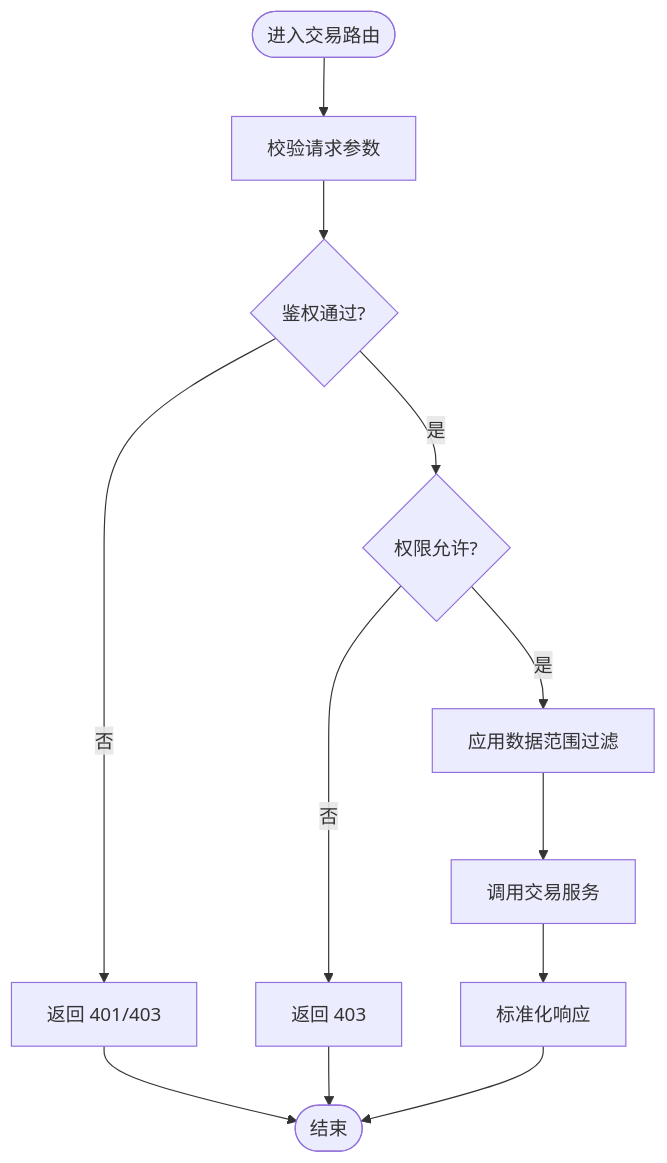
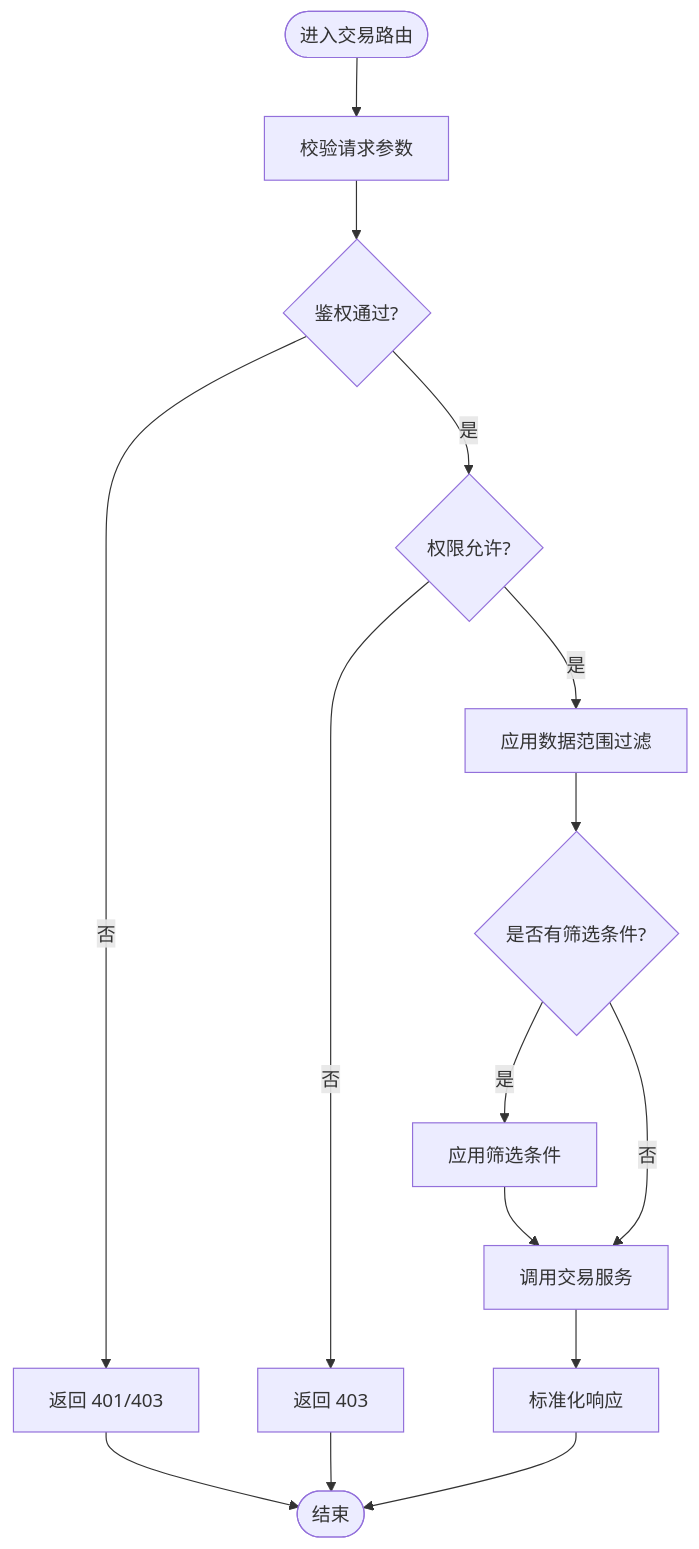
One commit to Damao997/newproject changed the third of 8 diagrams in .qoder/repowiki/zh/content/核心模块/交易分析模块.md. Above: the diagram before and after it, drawn with Mermaid. The commit also changed other lines of this file and 7 other files, not shown here.

````diff
--- a/.qoder/repowiki/zh/content/核心模块/交易分析模块.md
+++ b/.qoder/repowiki/zh/content/核心模块/交易分析模块.md
@@ -148,14 +162,17 @@
 ```mermaid
 flowchart TD
 Start(["进入交易路由"]) --> Validate["校验请求参数"]
 Validate --> AuthCheck{"鉴权通过?"}
 AuthCheck --> |否| DenyAuth["返回 401/403"]
 AuthCheck --> |是| PermCheck{"权限允许?"}
 PermCheck --> |否| DenyPerm["返回 403"]
 PermCheck --> |是| ScopeApply["应用数据范围过滤"]
-ScopeApply --> CallSvc["调用交易服务"]
+ScopeApply --> FilterCheck{"是否有筛选条件?"}
+FilterCheck --> |是| ApplyFilters["应用筛选条件"]
+FilterCheck --> |否| CallSvc["调用交易服务"]
+ApplyFilters --> CallSvc
 CallSvc --> Resp["标准化响应"]
 Resp --> End(["结束"])
 DenyAuth --> End
 DenyPerm --> End
 ```
````
